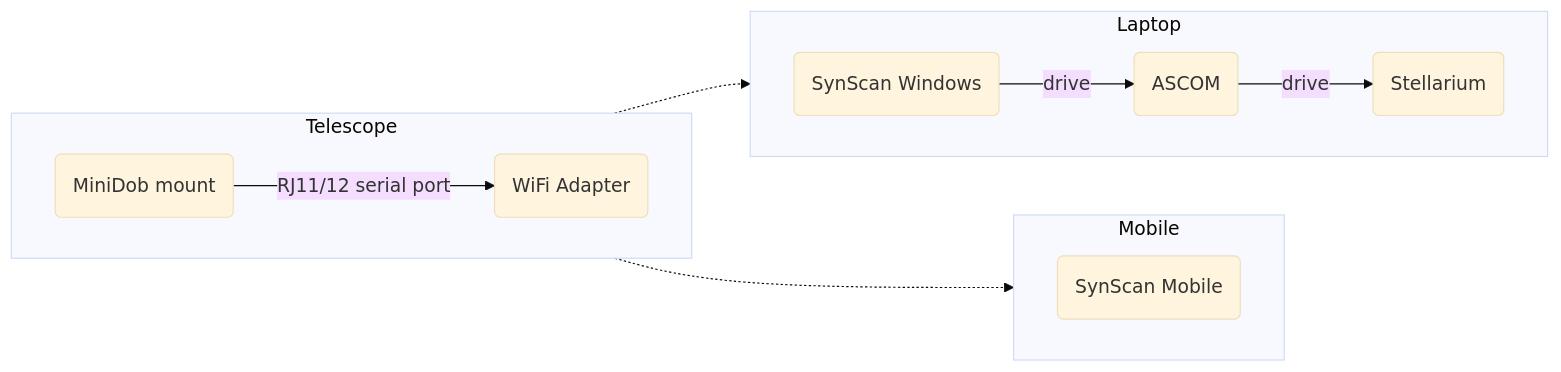
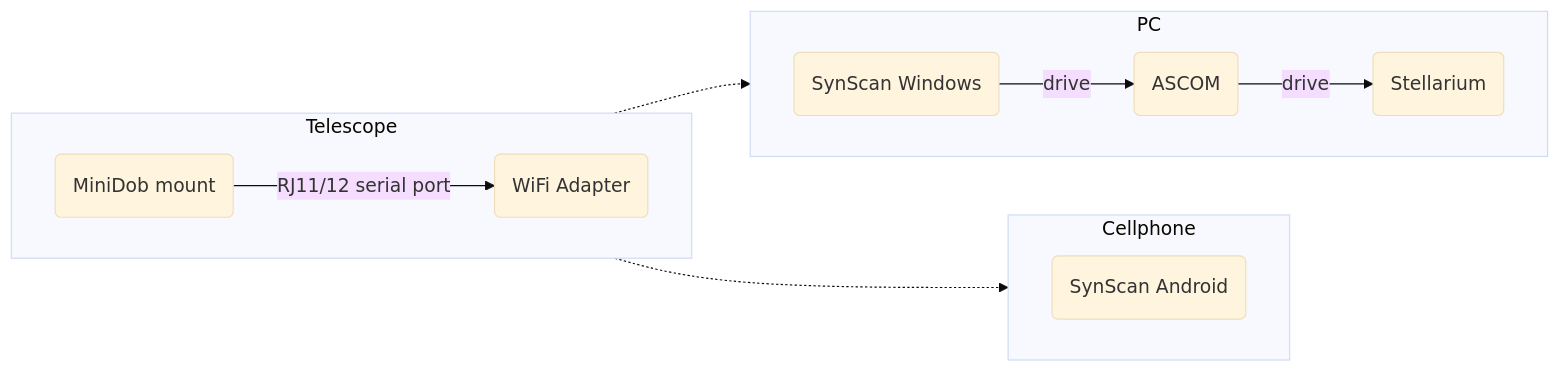
Before and after one commit to Spica-Vir/Spica-Vir.github.io: the diagram in _posts/2022-01-15-Computerize the Skywatcher Virtuoso MiniDob Mount.md, drawn with Mermaid (base theme). The commit also changed other lines of this file and 2 other files, not shown here.

````diff
--- a/_posts/2022-01-15-Computerize the Skywatcher Virtuoso MiniDob Mount.md
+++ b/_posts/2022-01-15-Computerize the Skywatcher Virtuoso MiniDob Mount.md
@@ -21,17 +27,17 @@
 ``` mermaid
 flowchart LR
     subgraph Telescope
         direction LR
         A(MiniDob mount) -- RJ11/12 serial port --> B(WiFi Adapter)
     end
-    subgraph Mobile
+    subgraph Cellphone
         direction LR
-        B(WiFi Adapter) -.-> C(SynScan Mobile)
+        B(WiFi Adapter) -.-> C(SynScan Android)
     end
     B(WiFi Adapter) -.-> D(SynScan Windows)
-    subgraph Laptop
+    subgraph PC
         direction LR
         D(SynScan Windows) -- drive --> E(ASCOM)
         E(ASCOM) -- drive --> F(Stellarium)
     end
 ```
````
